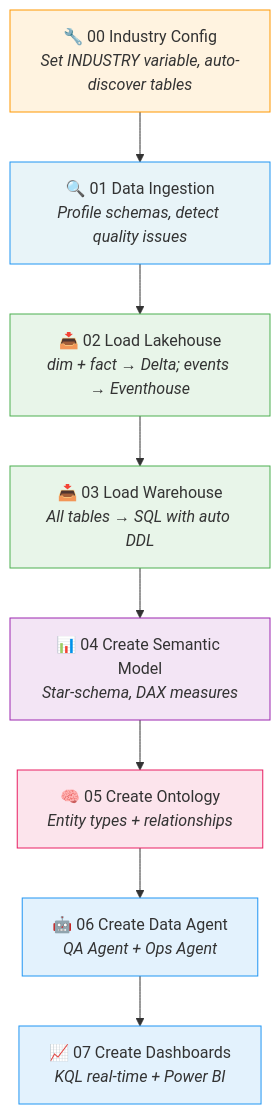
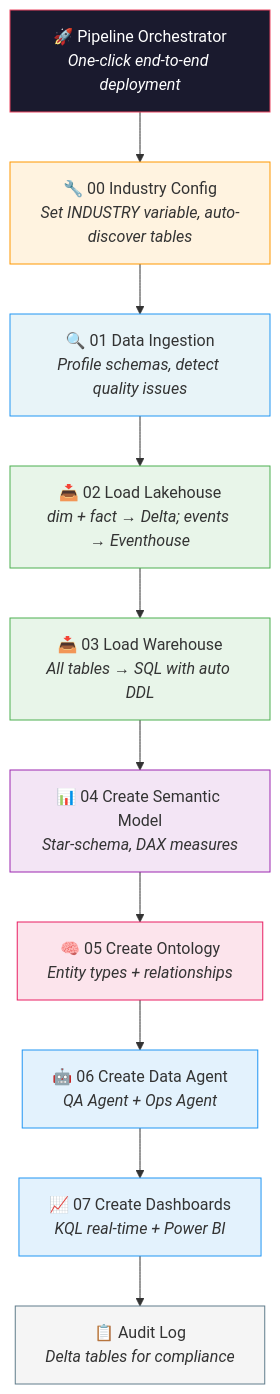
The second of 3 diagrams in README.md (jpbehera/fabriciq-cross-industry), drawn with Mermaid before and after one commit. The commit also changed other lines of this file and 5 other files, not shown here.

First line of the commit message:
Add Pipeline Orchestrator for one-click end-to-end deployment

````diff
--- a/README.md
+++ b/README.md
@@ -85,22 +89,26 @@
 ```mermaid
 flowchart TD
+    ORCH["🚀 Pipeline Orchestrator<br/><i>One-click end-to-end deployment</i>"]
     S0["🔧 00 Industry Config<br/><i>Set INDUSTRY variable, auto-discover tables</i>"]
     S1["🔍 01 Data Ingestion<br/><i>Profile schemas, detect quality issues</i>"]
     S2["📥 02 Load Lakehouse<br/><i>dim + fact → Delta; events → Eventhouse</i>"]
     S3["📥 03 Load Warehouse<br/><i>All tables → SQL with auto DDL</i>"]
     S4["📊 04 Create Semantic Model<br/><i>Star-schema, DAX measures</i>"]
     S5["🧠 05 Create Ontology<br/><i>Entity types + relationships</i>"]
     S6["🤖 06 Create Data Agent<br/><i>QA Agent + Ops Agent</i>"]
     S7["📈 07 Create Dashboards<br/><i>KQL real-time + Power BI</i>"]
+    LOG["📋 Audit Log<br/><i>Delta tables for compliance</i>"]
 
-    S0 --> S1 --> S2 --> S3 --> S4 --> S5 --> S6 --> S7
+    ORCH --> S0 --> S1 --> S2 --> S3 --> S4 --> S5 --> S6 --> S7 --> LOG
 
+    style ORCH fill:#1a1a2e,stroke:#e94560,color:#fff
     style S0 fill:#fff3e0,stroke:#FF9800
     style S1 fill:#e8f4f8,stroke:#2196F3
     style S2 fill:#e8f5e9,stroke:#4CAF50
     style S3 fill:#e8f5e9,stroke:#4CAF50
     style S4 fill:#f3e5f5,stroke:#9C27B0
     style S5 fill:#fce4ec,stroke:#E91E63
     style S6 fill:#e3f2fd,stroke:#2196F3
     style S7 fill:#e3f2fd,stroke:#2196F3
+    style LOG fill:#f5f5f5,stroke:#607D8B
 ```
````
